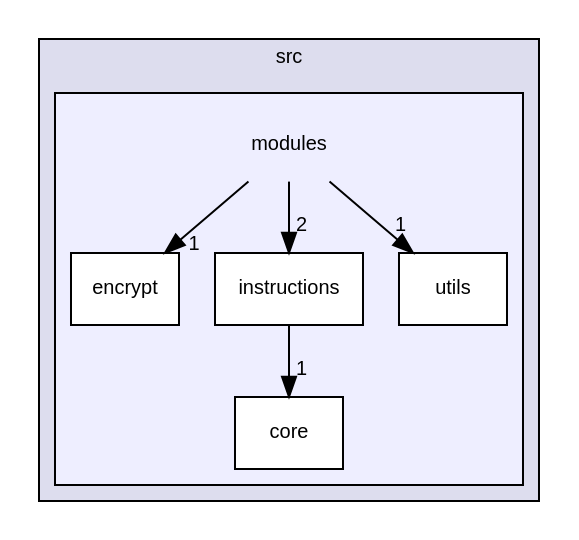
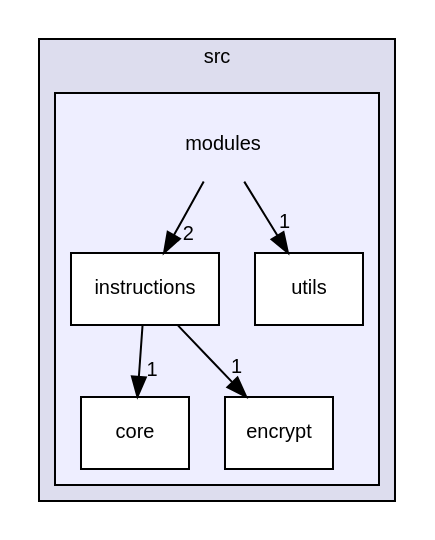
The diagram in docs/dir_ddb4d7e95cc2d6c8e1ade10a20d7247d_dep.dot (redhecker/easyVim), drawn with Graphviz before and after one commit. The commit also changed 82 other files, not shown here.

```diff
--- a/docs/dir_ddb4d7e95cc2d6c8e1ade10a20d7247d_dep.dot
+++ b/docs/dir_ddb4d7e95cc2d6c8e1ade10a20d7247d_dep.dot
@@ -1,20 +1,20 @@
 digraph "src/modules" {
   compound=true
   node [ fontsize="10", fontname="Helvetica"];
   edge [ labelfontsize="10", labelfontname="Helvetica"];
   subgraph clusterdir_68267d1309a1af8e8297ef4c3efbcdba {
     graph [ bgcolor="#ddddee", pencolor="black", label="src" fontname="Helvetica", fontsize="10", URL="dir_68267d1309a1af8e8297ef4c3efbcdba.html"]
   subgraph clusterdir_ddb4d7e95cc2d6c8e1ade10a20d7247d {
     graph [ bgcolor="#eeeeff", pencolor="black", label="" URL="dir_ddb4d7e95cc2d6c8e1ade10a20d7247d.html"];
     dir_ddb4d7e95cc2d6c8e1ade10a20d7247d [shape=plaintext label="modules"];
   dir_48bd54dcd86210a131d5bab7b05ef6d7 [shape=box label="core" fillcolor="white" style="filled" URL="dir_48bd54dcd86210a131d5bab7b05ef6d7.html"];
   dir_01c488ddbf95bcb94181f3831ff01574 [shape=box label="encrypt" fillcolor="white" style="filled" URL="dir_01c488ddbf95bcb94181f3831ff01574.html"];
   dir_23bbb858fb2dbf158f6748e516a480bb [shape=box label="instructions" fillcolor="white" style="filled" URL="dir_23bbb858fb2dbf158f6748e516a480bb.html"];
   dir_b0d57db64b1ea5a5c154e45019776ada [shape=box label="utils" fillcolor="white" style="filled" URL="dir_b0d57db64b1ea5a5c154e45019776ada.html"];
   }
   }
-  dir_ddb4d7e95cc2d6c8e1ade10a20d7247d->dir_01c488ddbf95bcb94181f3831ff01574 [headlabel="1", labeldistance=1.5 headhref="dir_000001_000003.html"];
   dir_ddb4d7e95cc2d6c8e1ade10a20d7247d->dir_23bbb858fb2dbf158f6748e516a480bb [headlabel="2", labeldistance=1.5 headhref="dir_000001_000004.html"];
   dir_ddb4d7e95cc2d6c8e1ade10a20d7247d->dir_b0d57db64b1ea5a5c154e45019776ada [headlabel="1", labeldistance=1.5 headhref="dir_000001_000005.html"];
+  dir_23bbb858fb2dbf158f6748e516a480bb->dir_01c488ddbf95bcb94181f3831ff01574 [headlabel="1", labeldistance=1.5 headhref="dir_000004_000003.html"];
   dir_23bbb858fb2dbf158f6748e516a480bb->dir_48bd54dcd86210a131d5bab7b05ef6d7 [headlabel="1", labeldistance=1.5 headhref="dir_000004_000002.html"];
 }
```
